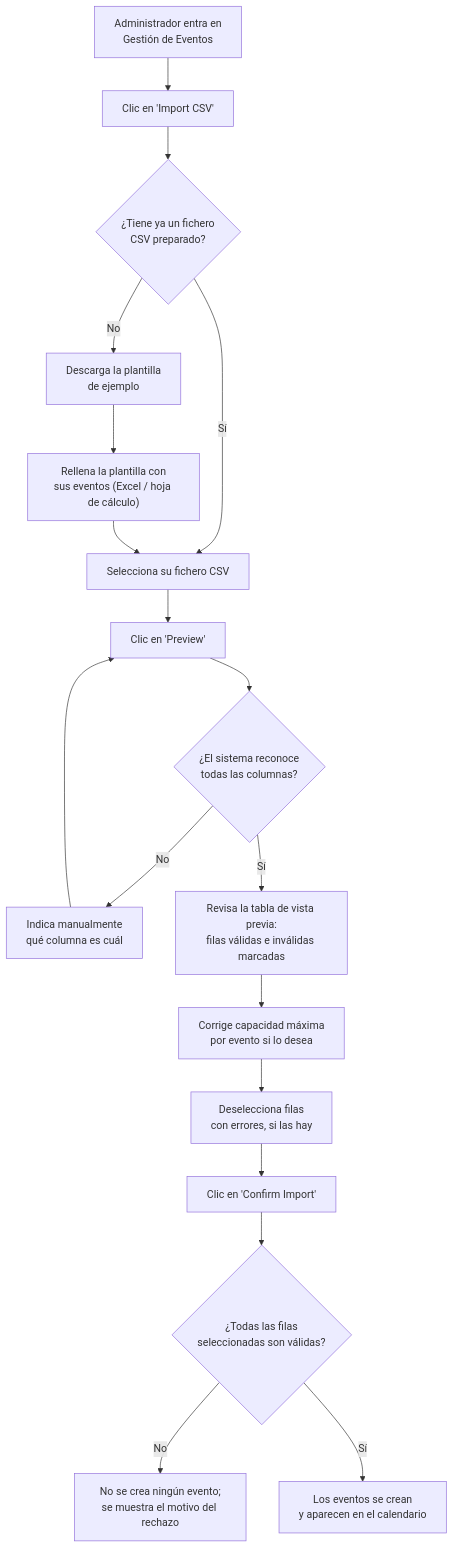
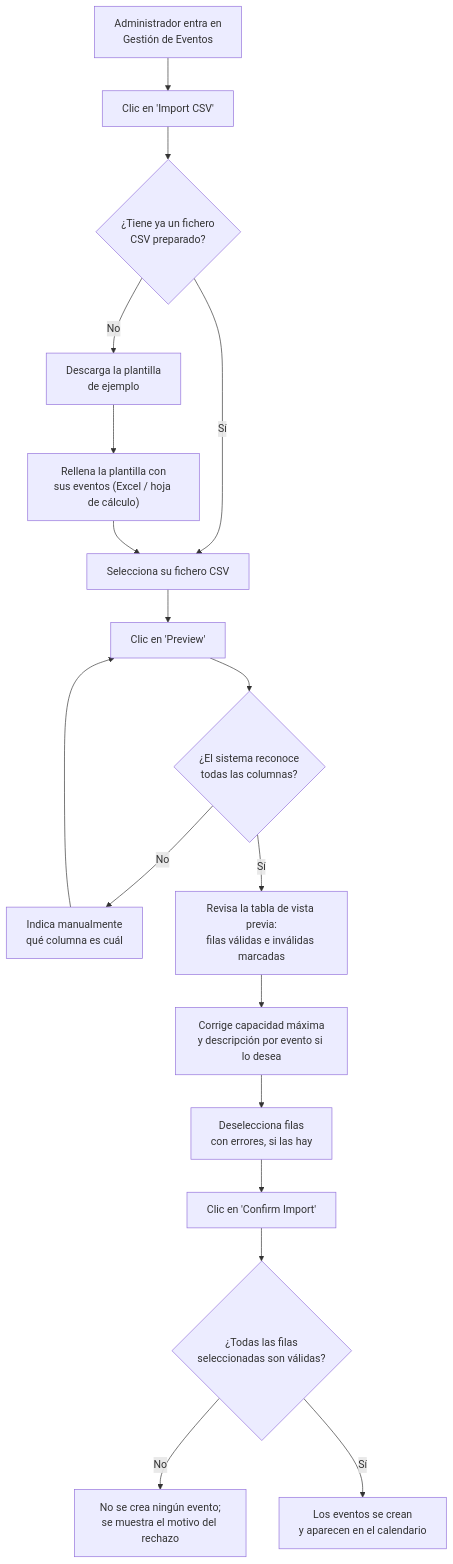
One commit to AlejBlasco/SportsClubEventManager changed the diagram in docs/functional/US-35-csv-event-import.md. Above: the diagram before and after it, drawn with Mermaid. The commit also changed other lines of this file and 48 other files, not shown here.

````diff
--- a/docs/functional/US-35-csv-event-import.md
+++ b/docs/functional/US-35-csv-event-import.md
@@ -47,20 +47,20 @@
 ```mermaid
 flowchart TD
     A["Administrador entra en\nGestión de Eventos"] --> B["Clic en 'Import CSV'"]
     B --> C{"¿Tiene ya un fichero\nCSV preparado?"}
     C -- No --> D["Descarga la plantilla\nde ejemplo"]
     D --> E["Rellena la plantilla con\nsus eventos (Excel / hoja de cálculo)"]
     C -- Sí --> F["Selecciona su fichero CSV"]
     E --> F
     F --> G["Clic en 'Preview'"]
     G --> H{"¿El sistema reconoce\ntodas las columnas?"}
     H -- No --> I["Indica manualmente\nqué columna es cuál"]
     I --> G
     H -- Sí --> J["Revisa la tabla de vista previa:\nfilas válidas e inválidas marcadas"]
-    J --> K["Corrige capacidad máxima\npor evento si lo desea"]
+    J --> K["Corrige capacidad máxima\ny descripción por evento si lo desea"]
     K --> L["Deselecciona filas\ncon errores, si las hay"]
     L --> M["Clic en 'Confirm Import'"]
     M --> N{"¿Todas las filas\nseleccionadas son válidas?"}
     N -- No --> O["No se crea ningún evento;\nse muestra el motivo del rechazo"]
     N -- Sí --> P["Los eventos se crean\ny aparecen en el calendario"]
 ```
````
